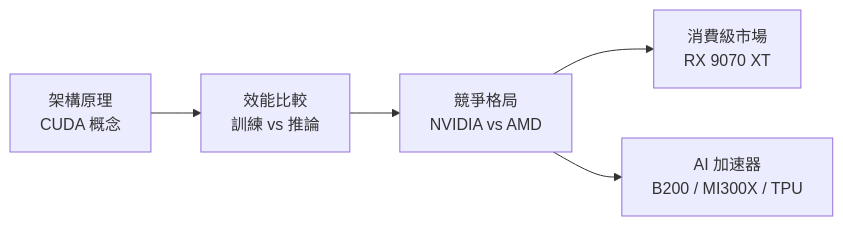
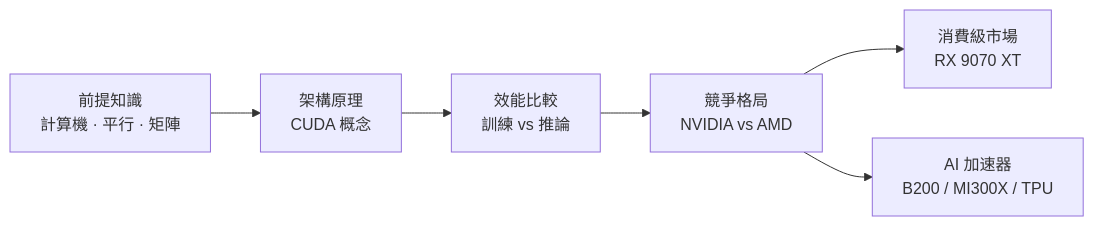
The diagram in book/gpu/src/README.md (wizardhsiehcom/book), drawn with Mermaid before and after one commit. The commit also changed other lines of this file and 25 other files, not shown here.

````diff
--- a/book/gpu/src/README.md
+++ b/book/gpu/src/README.md
@@ -9,7 +10,8 @@
 ```mermaid
 flowchart LR
-    A["架構原理<br/>CUDA 概念"] --> B["效能比較<br/>訓練 vs 推論"]
+    P["前提知識<br/>計算機 · 平行 · 矩陣"] --> A["架構原理<br/>CUDA 概念"]
+    A --> B["效能比較<br/>訓練 vs 推論"]
     B --> C["競爭格局<br/>NVIDIA vs AMD"]
     C --> D["消費級市場<br/>RX 9070 XT"]
     C --> E["AI 加速器<br/>B200 / MI300X / TPU"]
 ```
````
